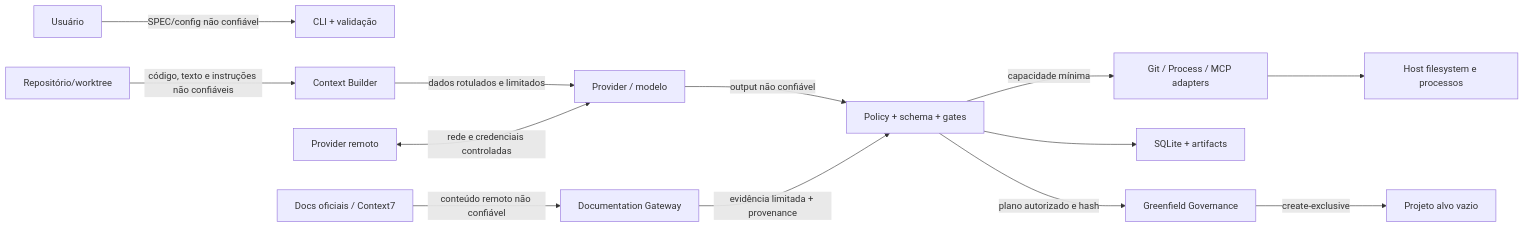
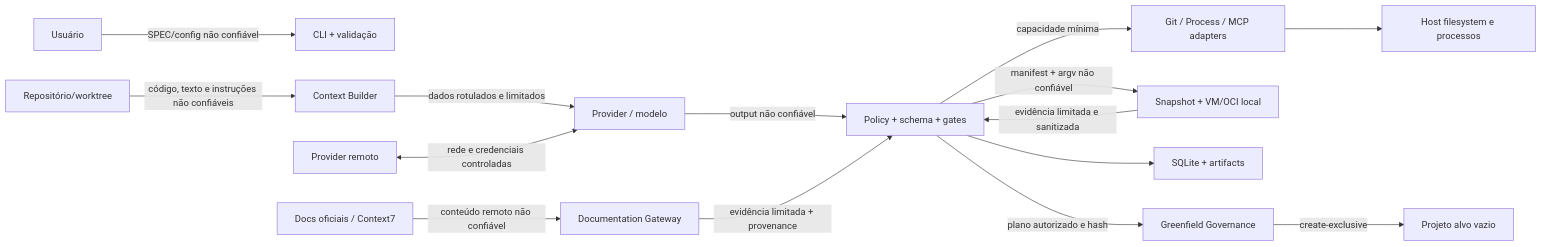
One commit to douggomes/ai-software-factory changed the diagram in docs/planejamento/security-review.md. Above: the diagram before and after it, drawn with Mermaid. The commit also changed other lines of this file and 7 other files, not shown here.

````diff
--- a/docs/planejamento/security-review.md
+++ b/docs/planejamento/security-review.md
@@ -55,15 +55,17 @@
 ```mermaid
 flowchart LR
     User["Usuário"] -->|"SPEC/config não confiável"| CLI["CLI + validação"]
     Repo["Repositório/worktree"] -->|"código, texto e instruções não confiáveis"| Context["Context Builder"]
     Context -->|"dados rotulados e limitados"| Model["Provider / modelo"]
     Model -->|"output não confiável"| Policy["Policy + schema + gates"]
     Policy -->|"capacidade mínima"| Tools["Git / Process / MCP adapters"]
     Tools --> Host["Host filesystem e processos"]
+    Policy -->|"manifest + argv não confiável"| Isolation["Snapshot + VM/OCI local"]
+    Isolation -->|"evidência limitada e sanitizada"| Policy
     Policy --> Store["SQLite + artifacts"]
     Remote["Provider remoto"] <-->|"rede e credenciais controladas"| Model
     Docs["Docs oficiais / Context7"] -->|"conteúdo remoto não confiável"| DocGateway["Documentation Gateway"]
     DocGateway -->|"evidência limitada + provenance"| Policy
     Policy -->|"plano autorizado e hash"| Bootstrap["Greenfield Governance"]
     Bootstrap -->|"create-exclusive"| Target["Projeto alvo vazio"]
 ```
````
